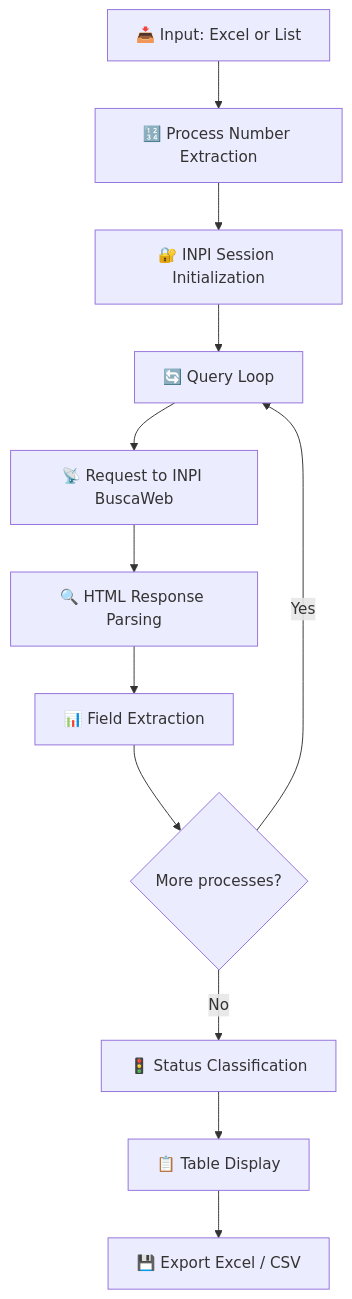
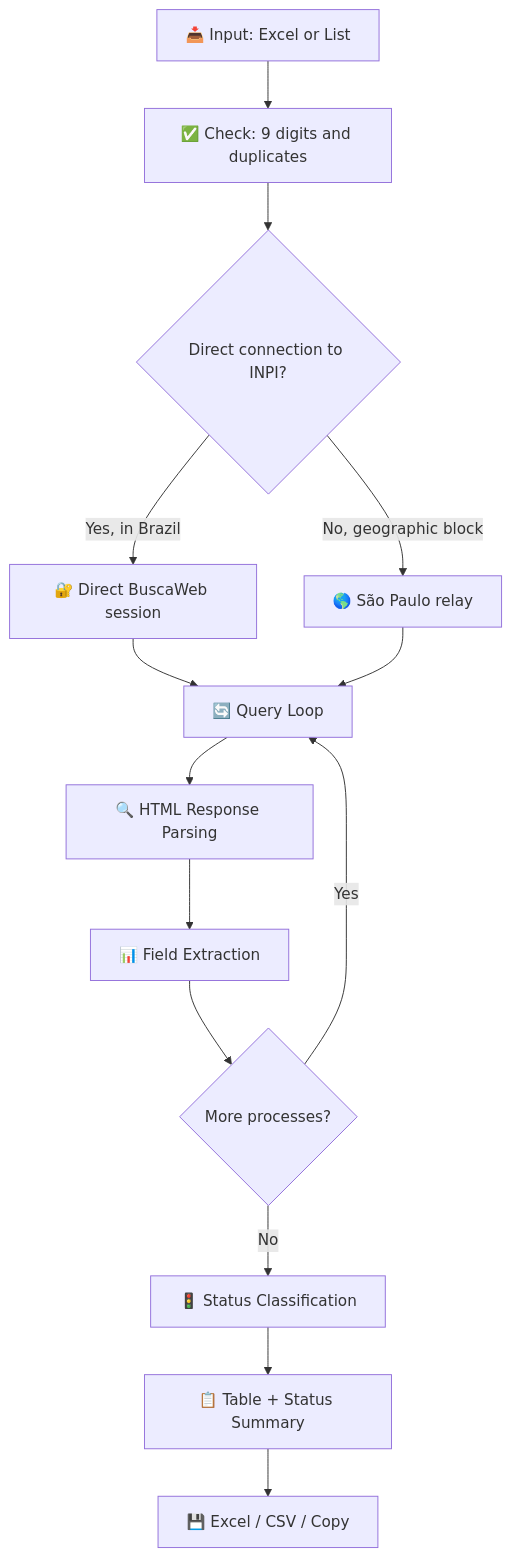
The second of 2 diagrams in README.md (GabrielaSchmitt/INPedia), drawn with Mermaid before and after one commit. The commit also changed other lines of this file and 7 other files, not shown here.

Commit message:
v1.1: relay em São Paulo, verificação de entradas, erros explicados, README e licença MIT

````diff
--- a/README.md
+++ b/README.md
@@ -250,14 +315,16 @@
 ```mermaid
 graph TD
-    A[📥 Input: Excel or List] --> B[🔢 Process Number Extraction]
-    B --> C[🔐 INPI Session Initialization]
-    C --> D[🔄 Query Loop]
-    D --> E[📡 Request to INPI BuscaWeb]
-    E --> F[🔍 HTML Response Parsing]
-    F --> G[📊 Field Extraction]
-    G --> H{More processes?}
-    H -->|Yes| D
-    H -->|No| I[🚦 Status Classification]
-    I --> J[📋 Table Display]
-    J --> K[💾 Export Excel / CSV]
+    A[📥 Input: Excel or List] --> B[✅ Check: 9 digits and duplicates]
+    B --> C{Direct connection to INPI?}
+    C -->|Yes, in Brazil| D[🔐 Direct BuscaWeb session]
+    C -->|No, geographic block| E[🌎 São Paulo relay]
+    D --> F[🔄 Query Loop]
+    E --> F
+    F --> G[🔍 HTML Response Parsing]
+    G --> H[📊 Field Extraction]
+    H --> I{More processes?}
+    I -->|Yes| F
+    I -->|No| J[🚦 Status Classification]
+    J --> K[📋 Table + Status Summary]
+    K --> L[💾 Excel / CSV / Copy]
 ```
````
